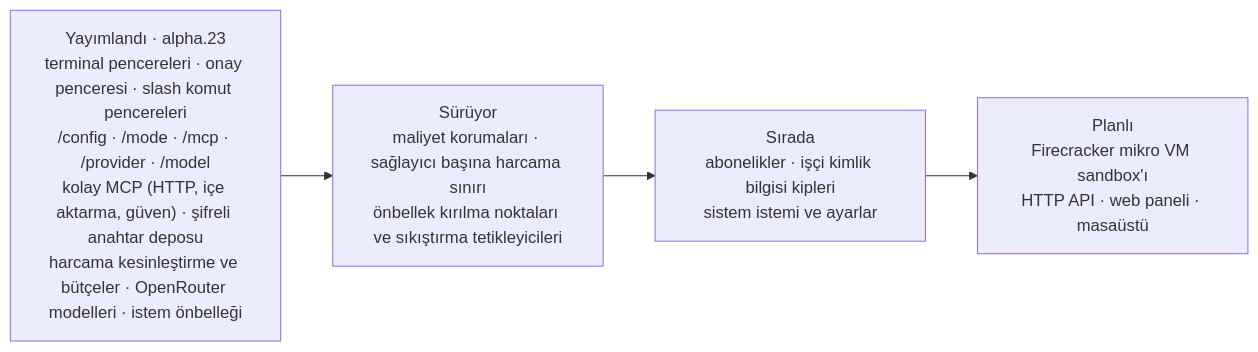
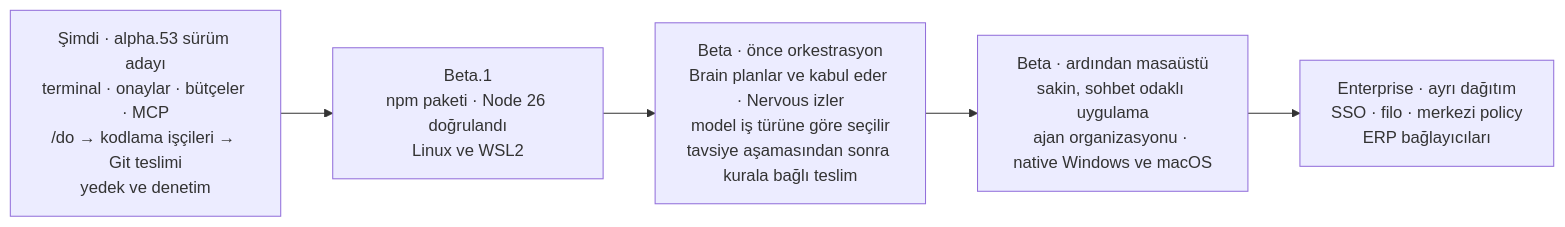
Before and after one commit to Verhex/deckent-next: the sixth of 6 diagrams in README.tr.md, drawn with Mermaid. The commit also changed other lines of this file and 3 other files, not shown here.

````diff
--- a/README.tr.md
+++ b/README.tr.md
@@ -524,6 +490,7 @@
 ```mermaid
 flowchart LR
-  L["Yayımlandı · alpha.23<br/>terminal pencereleri · onay penceresi · slash komut pencereleri<br/>/config · /mode · /mcp · /provider · /model<br/>kolay MCP (HTTP, içe aktarma, güven) · şifreli anahtar deposu<br/>harcama kesinleştirme ve bütçeler · OpenRouter modelleri · istem önbelleği"] --> P["Sürüyor<br/>maliyet korumaları · sağlayıcı başına harcama sınırı<br/>önbellek kırılma noktaları ve sıkıştırma tetikleyicileri"]
-  P --> N["Sırada<br/>abonelikler · işçi kimlik bilgisi kipleri<br/>sistem istemi ve ayarlar"]
-  N --> F["Planlı<br/>Firecracker mikro VM sandbox'ı<br/>HTTP API · web paneli · masaüstü"]
+  N["Şimdi · alpha.53 sürüm adayı<br/>terminal · onaylar · bütçeler · MCP<br/>/do → kodlama işçileri → Git teslimi<br/>yedek ve denetim"] --> B1["Beta.1<br/>npm paketi · Node 26 doğrulandı<br/>Linux ve WSL2"]
+  B1 --> O["Beta · önce orkestrasyon<br/>Brain planlar ve kabul eder · Nervous izler<br/>model iş türüne göre seçilir<br/>tavsiye aşamasından sonra kurala bağlı teslim"]
+  O --> D["Beta · ardından masaüstü<br/>sakin, sohbet odaklı uygulama<br/>ajan organizasyonu · native Windows ve macOS"]
+  D --> E["Enterprise · ayrı dağıtım<br/>SSO · filo · merkezi policy<br/>ERP bağlayıcıları"]
 ```
````
